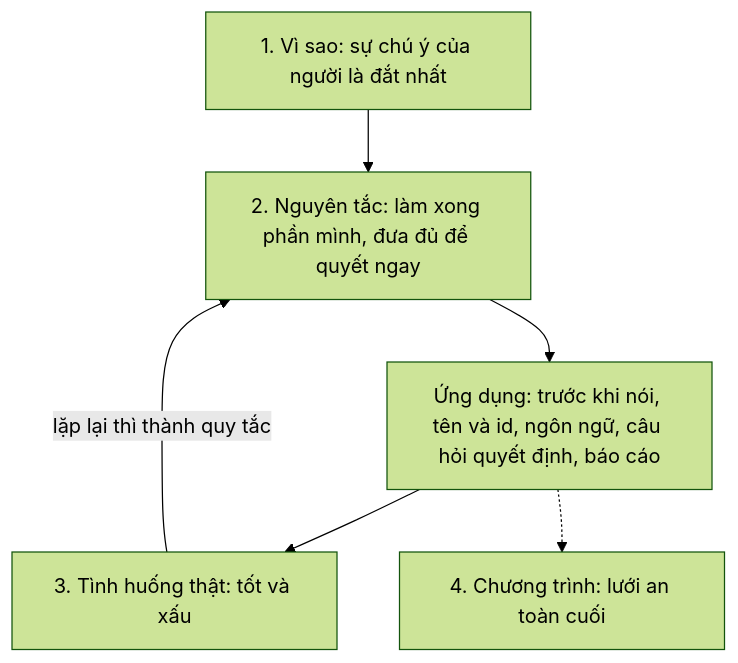
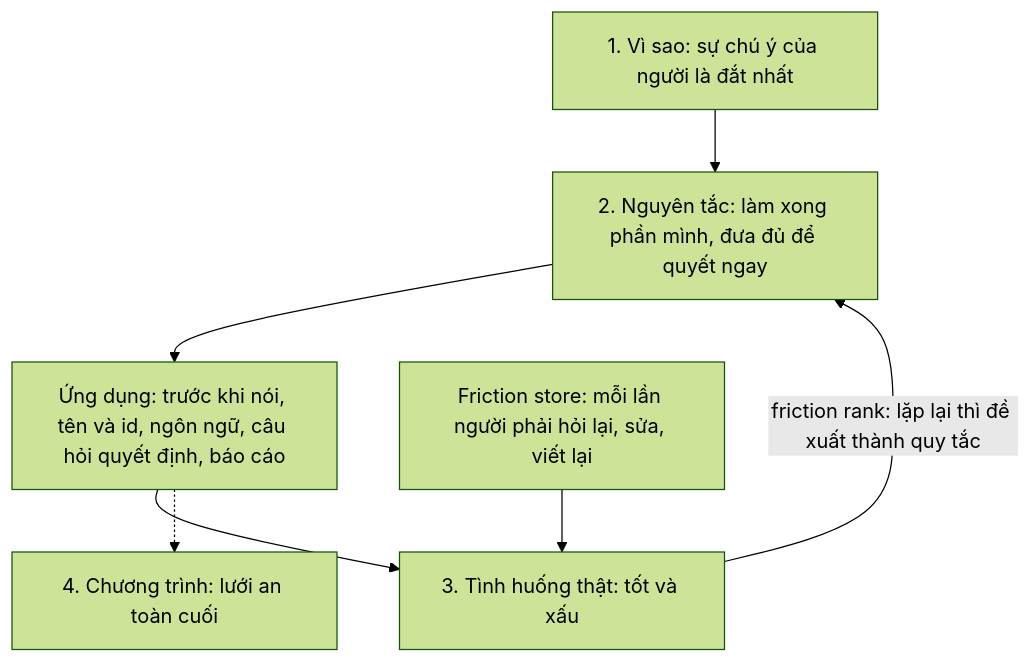
Before and after one commit to vantt/forgent: the diagram in plans/discussions/ds-cfsfcbknl6-owner-communication/DISCUSSION.md, drawn with Mermaid (forest theme). The commit also changed other lines of this file, not shown here.

Commit message:
docs(discussion): keep the understanding-the-user cases in the friction store instead of a new file

````diff
--- a/plans/discussions/ds-cfsfcbknl6-owner-communication/DISCUSSION.md
+++ b/plans/discussions/ds-cfsfcbknl6-owner-communication/DISCUSSION.md
@@ -112,8 +114,9 @@
 ```mermaid
 flowchart TD
   W[1. Vì sao: sự chú ý của người là đắt nhất] --> P[2. Nguyên tắc: làm xong phần mình, đưa đủ để quyết ngay]
   P --> A[Ứng dụng: trước khi nói, tên và id, ngôn ngữ, câu hỏi quyết định, báo cáo]
   A --> C[3. Tình huống thật: tốt và xấu]
-  C -->|lặp lại thì thành quy tắc| P
+  F[Friction store: mỗi lần người phải hỏi lại, sửa, viết lại] --> C
+  C -->|friction rank: lặp lại thì đề xuất thành quy tắc| P
   A -.-> M[4. Chương trình: lưới an toàn cuối]
 ```
````
